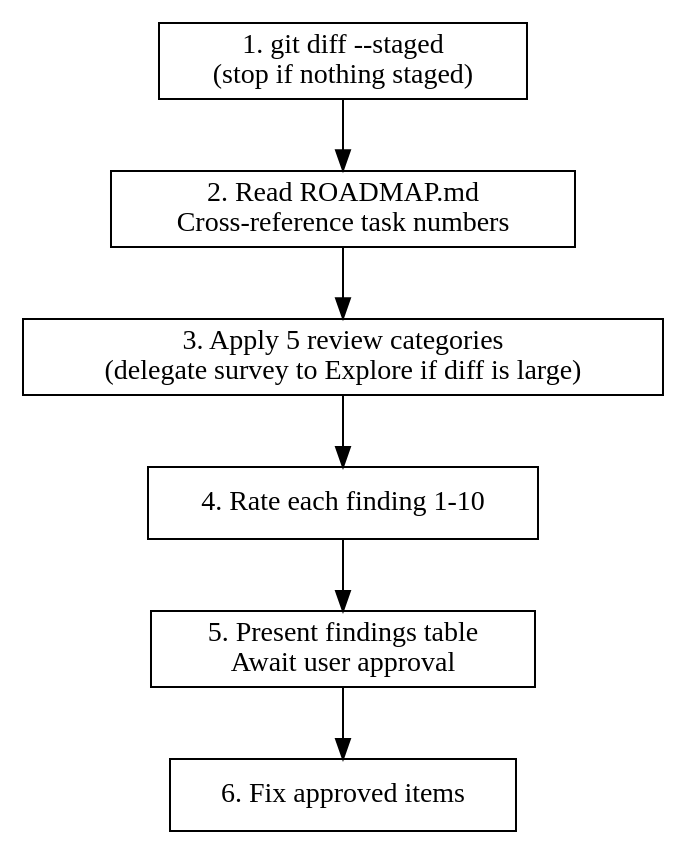
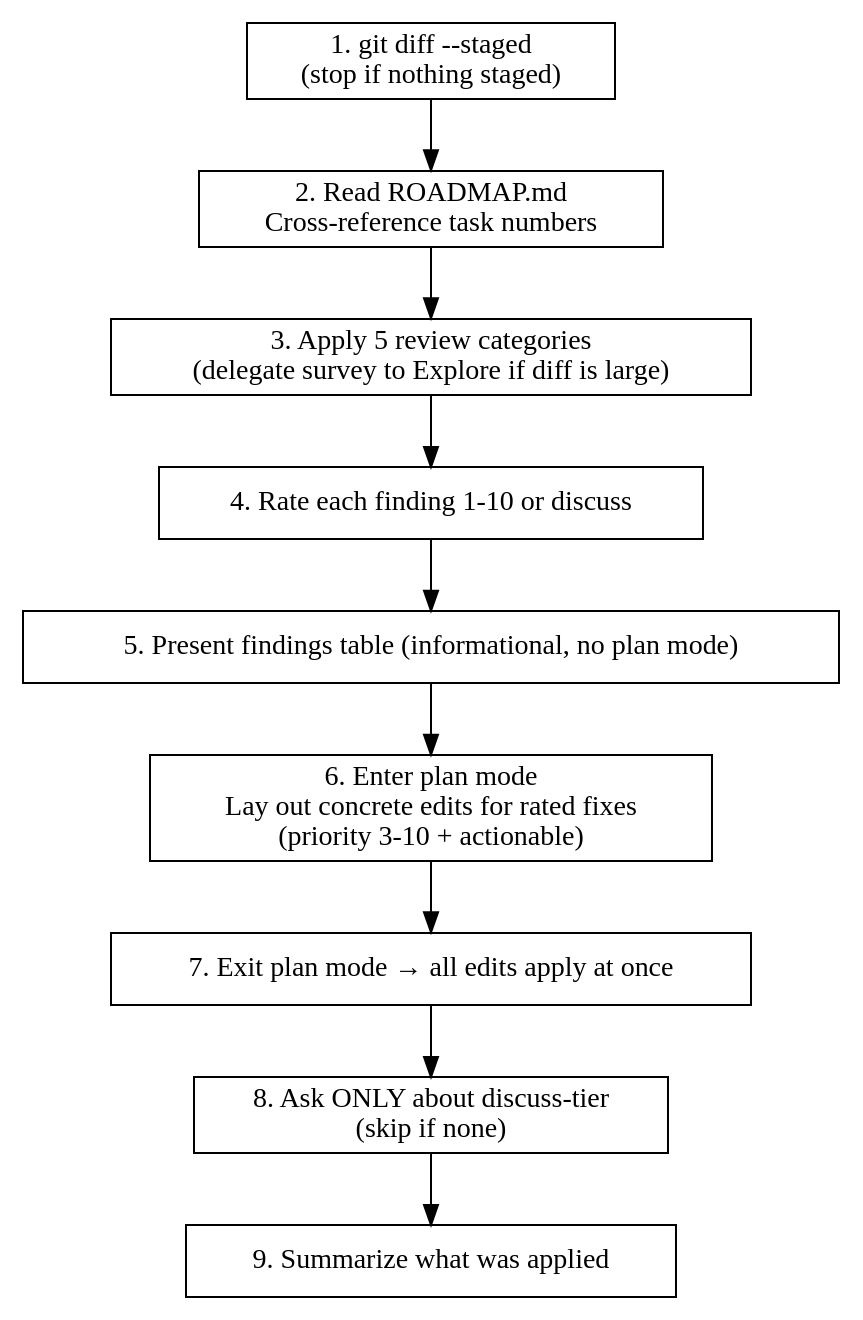
One commit to ZenHive/claude-marketplace-elixir changed the diagram in plugins/staged-review/skills/code-review/SKILL.md. Above: the diagram before and after it, drawn with Graphviz. The commit also changed other lines of this file and 1 other file, not shown here.

First line of the commit message:
Rework staged-review approval flow: auto-apply rated, plan-mode fixes, gate only discuss

````diff
--- a/plugins/staged-review/skills/code-review/SKILL.md
+++ b/plugins/staged-review/skills/code-review/SKILL.md
@@ -30,15 +31,18 @@
 ```dot
 digraph code_review {
   rankdir=TB;
   node [shape=box];
 
-  staged  [label="1. git diff --staged\n(stop if nothing staged)"];
-  roadmap [label="2. Read ROADMAP.md\nCross-reference task numbers"];
-  review  [label="3. Apply 5 review categories\n(delegate survey to Explore if diff is large)"];
-  rate    [label="4. Rate each finding 1-10"];
-  present [label="5. Present findings table\nAwait user approval"];
-  fix     [label="6. Fix approved items"];
+  staged   [label="1. git diff --staged\n(stop if nothing staged)"];
+  roadmap  [label="2. Read ROADMAP.md\nCross-reference task numbers"];
+  review   [label="3. Apply 5 review categories\n(delegate survey to Explore if diff is large)"];
+  rate     [label="4. Rate each finding 1-10 or discuss"];
+  present  [label="5. Present findings table (informational, no plan mode)"];
+  planfix  [label="6. Enter plan mode\nLay out concrete edits for rated fixes\n(priority 3-10 + actionable)"];
+  apply    [label="7. Exit plan mode → all edits apply at once"];
+  discuss  [label="8. Ask ONLY about discuss-tier\n(skip if none)"];
+  summary  [label="9. Summarize what was applied"];
 
-  staged -> roadmap -> review -> rate -> present -> fix;
+  staged -> roadmap -> review -> rate -> present -> planfix -> apply -> discuss -> summary;
 }
 ```
````
